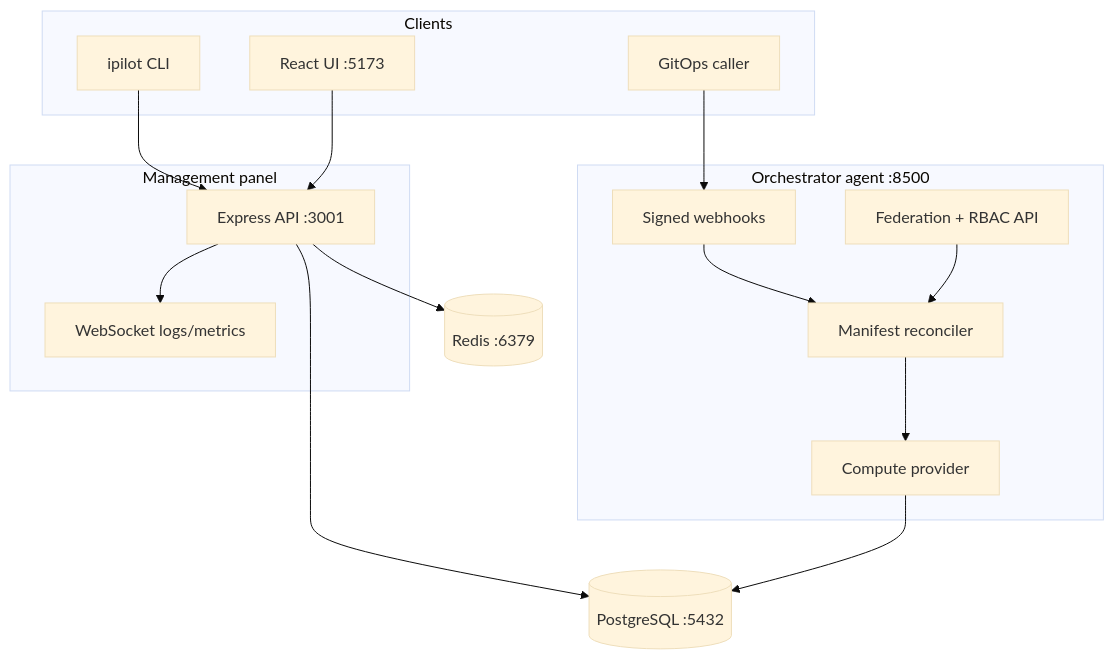
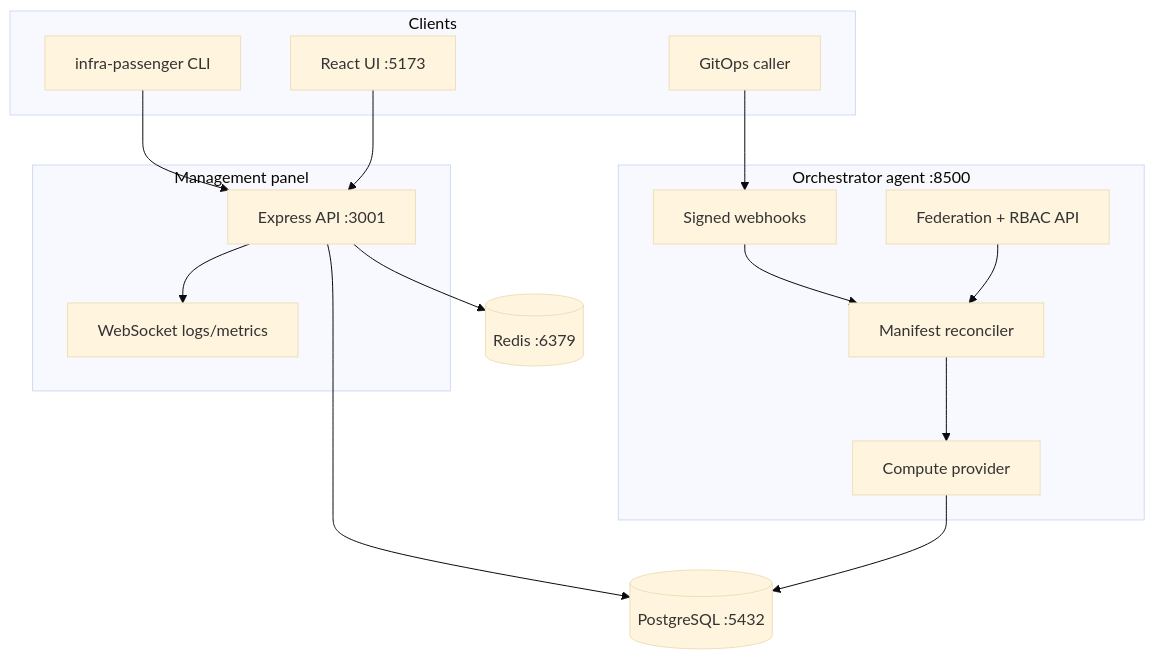
Before and after one commit to drosemann/infra-pilot: the diagram in docs/ARCHITECTURE.md, drawn with Mermaid (base theme). The commit also changed other lines of this file and 199 other files, not shown here.

Commit message:
feat(branding): rebrand as infra-passenger

````diff
--- a/docs/ARCHITECTURE.md
+++ b/docs/ARCHITECTURE.md
@@ -12,30 +12,30 @@
 ```mermaid
 flowchart TB
   subgraph edge["Clients"]
-    CLI["ipilot CLI"]
+    CLI["infra-passenger CLI"]
     UI["React UI :5173"]
     CICD["GitOps caller"]
   end
   subgraph panel["Management panel"]
     API["Express API :3001"]
     WS["WebSocket logs/metrics"]
   end
   subgraph orch["Orchestrator agent :8500"]
     WH["Signed webhooks"]
     FED["Federation + RBAC API"]
     REC["Manifest reconciler"]
     PROV["Compute provider"]
   end
   PG[("PostgreSQL :5432")]
   RD[("Redis :6379")]
   CLI --> API
   UI --> API
   API --> PG
   API --> RD
   API --> WS
   CICD --> WH
   WH --> REC
   FED --> REC
   REC --> PROV
   PROV --> PG
 ```
````
